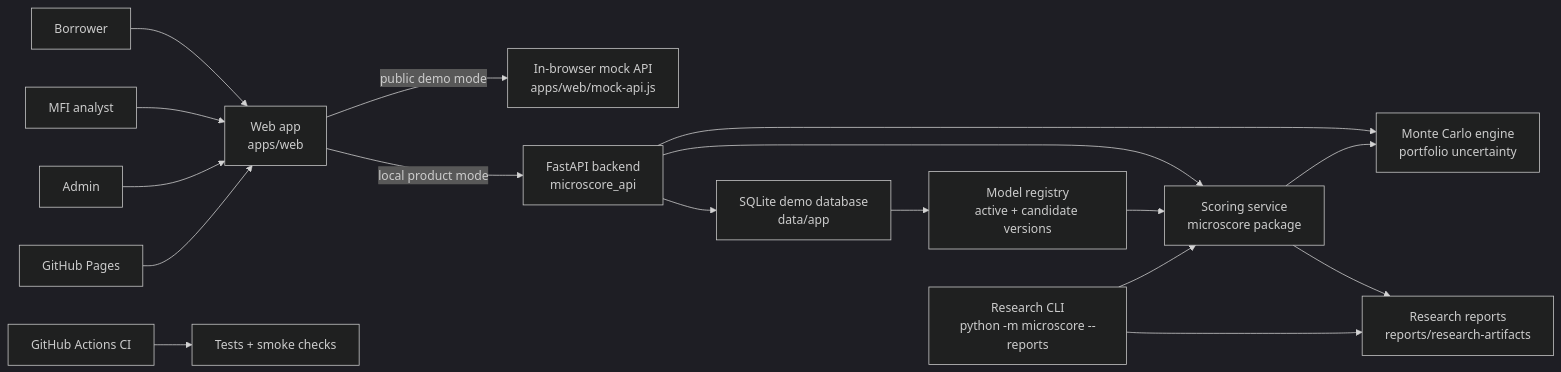
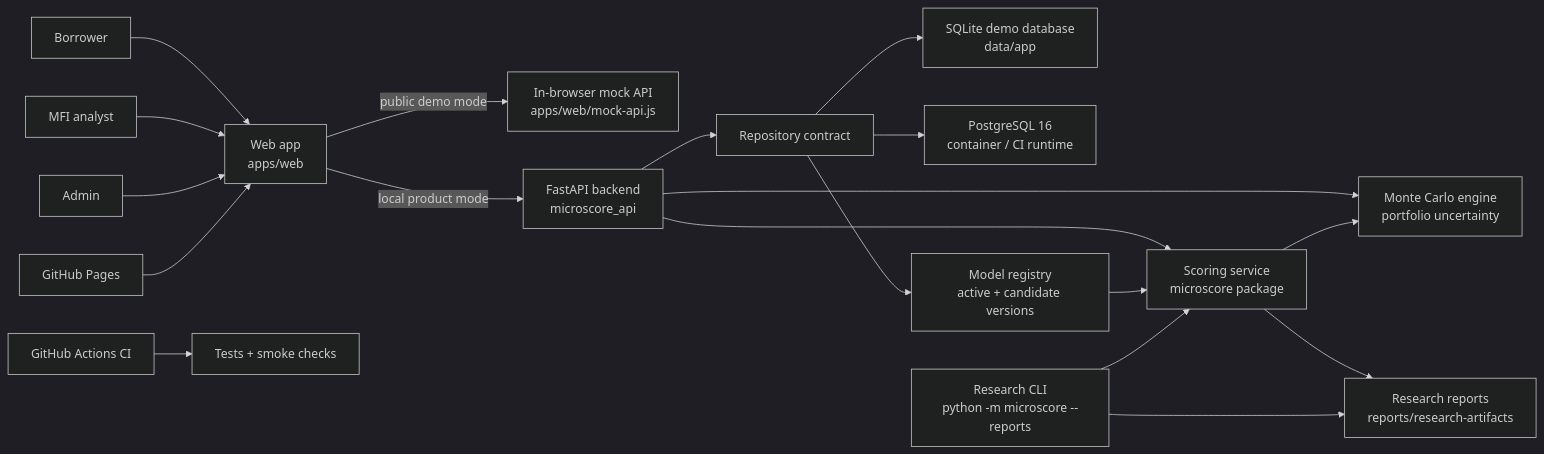
The diagram in docs/ARCHITECTURE.md (alex-tereshkovv/micro-score), drawn with Mermaid (dark theme) before and after one commit. The commit also changed other lines of this file and 27 other files, not shown here.

````diff
--- a/docs/ARCHITECTURE.md
+++ b/docs/ARCHITECTURE.md
@@ -9,23 +9,25 @@
 ```mermaid
 flowchart LR
     Borrower["Borrower"] --> Web["Web app\napps/web"]
     Analyst["MFI analyst"] --> Web
     Admin["Admin"] --> Web
 
     Web -->|"public demo mode"| MockApi["In-browser mock API\napps/web/mock-api.js"]
     Web -->|"local product mode"| FastAPI["FastAPI backend\nmicroscore_api"]
 
-    FastAPI --> SQLite["SQLite demo database\ndata/app"]
-    SQLite --> Registry["Model registry\nactive + candidate versions"]
+    FastAPI --> Repository["Repository contract"]
+    Repository --> SQLite["SQLite demo database\ndata/app"]
+    Repository --> PostgreSQL["PostgreSQL 16\ncontainer / CI runtime"]
+    Repository --> Registry["Model registry\nactive + candidate versions"]
     FastAPI --> Scoring["Scoring service\nmicroscore package"]
     Registry --> Scoring
     FastAPI --> Simulation["Monte Carlo engine\nportfolio uncertainty"]
     Scoring --> Simulation
     Scoring --> Reports["Research reports\nreports/research-artifacts"]
 
     Research["Research CLI\npython -m microscore --reports"] --> Scoring
     Research --> Reports
 
     CI["GitHub Actions CI"] --> Tests["Tests + smoke checks"]
     Pages["GitHub Pages"] --> Web
 ```
````
